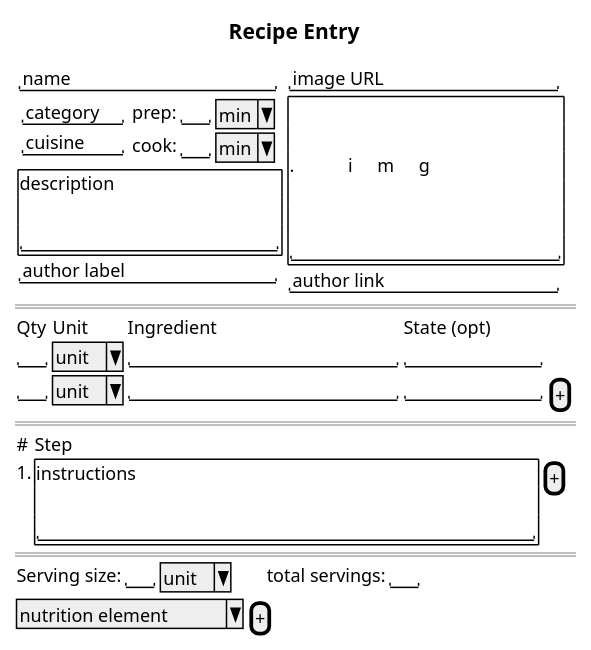
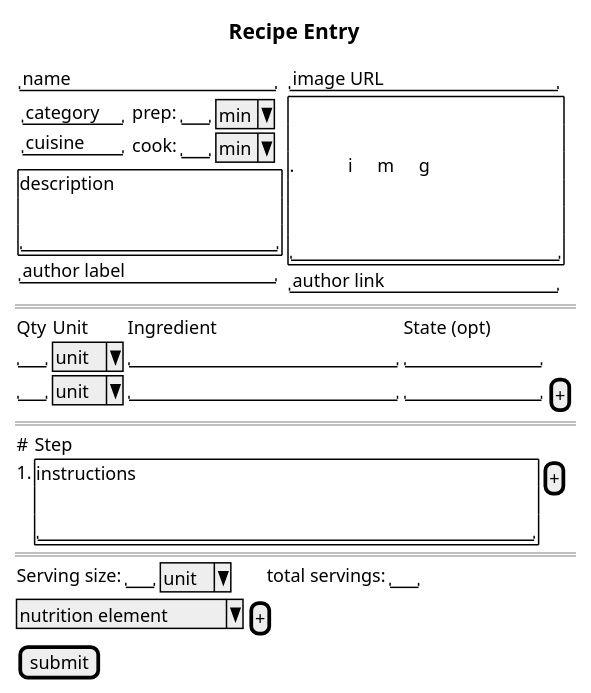
One commit to 7s4e/p3 changed the diagram in pyApps/cookbook/wireframe.puml. Above: the diagram before and after it, drawn with PlantUML. The commit also changed 2 other files, not shown here.

```diff
--- a/pyApps/cookbook/wireframe.puml
+++ b/pyApps/cookbook/wireframe.puml
@@ -1,62 +1,65 @@
 @startuml key
 salt
 title Recipe Entry
 {
   {
     {
       "name                 "
       {
         {
           "category"
           "cuisine "
         } | 
         {
           prep: | "  " | ^min^
           cook: | "  " | ^min^
         }
       }
       {+
         description
         .
         "                     "
       }
       "author label         "
     } | 
     {
       "image URL             "
       {+
         .
         .
         .                      img
         .
         .
         "                      "
       }
       "author link           "
     }
   }
   ==
   {
     Qty | Unit | Ingredient | State (opt)
     "  " | ^unit^ | "                      " | "           " | .
     "  " | ^unit^ | "                      " | "           " | [+]
   }
   ==
   {
      # | Step
     1. | {+
            instructions
            .
            "                                         "
          } | [+]
 
   }
   ==
   {
     Serving size: | "  " | ^unit^ | . | . | . | . | total servings: | "  "
   }
   {
     ^nutrition element^ | [+]
   }
+  {
+    [submit]
+  }
 }
 @enduml
```
